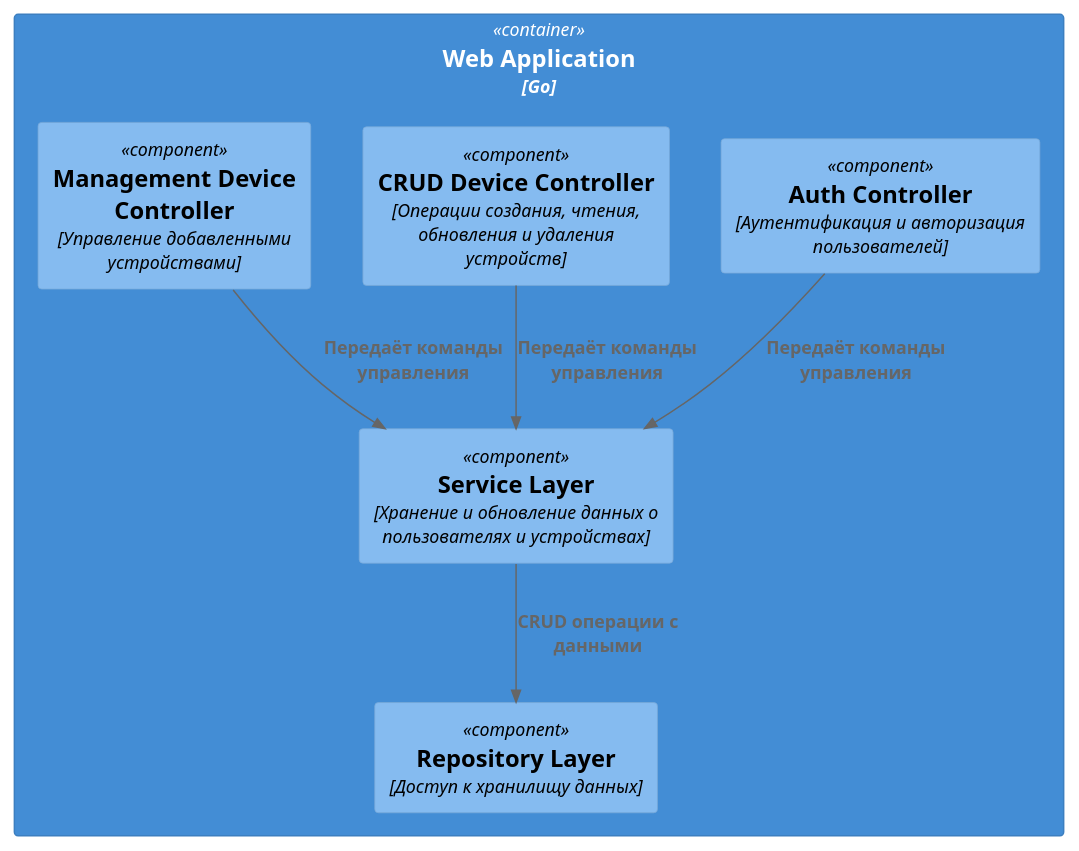
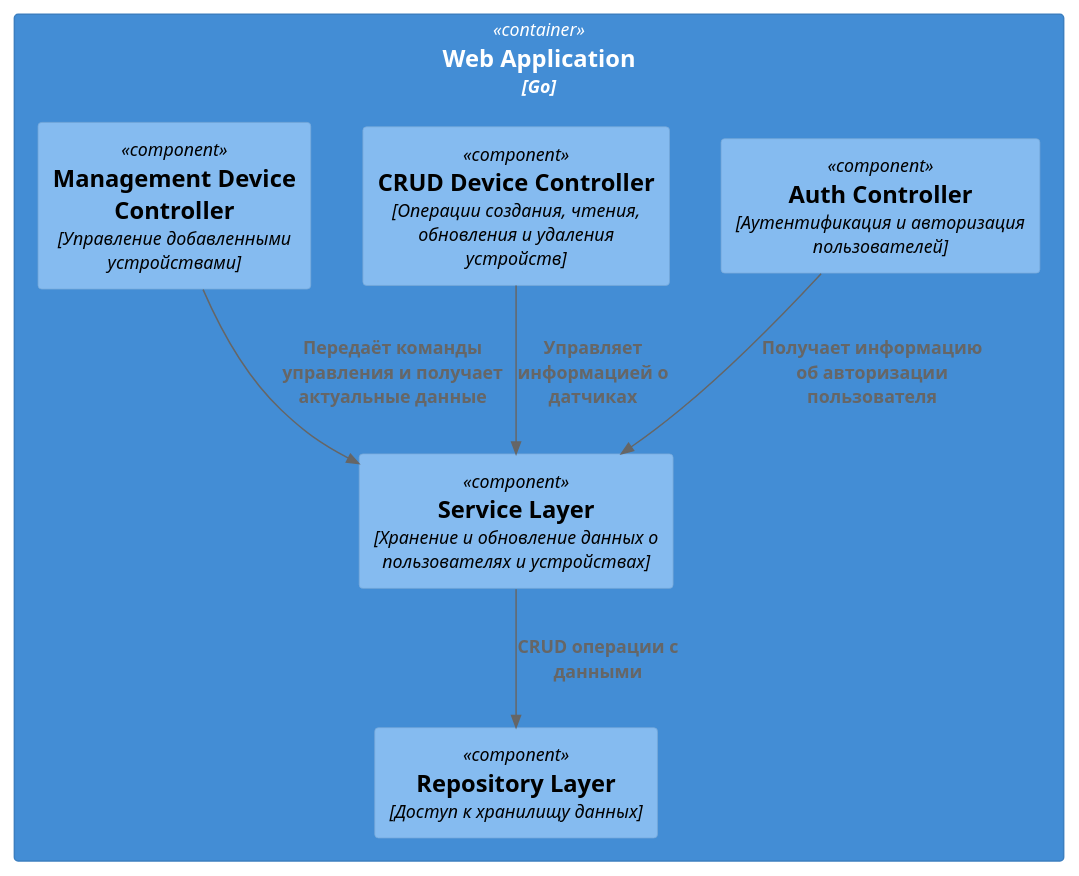
Before and after one commit to mironsv/architecture-warmhouse: the diagram in diagrams/component/web_app.puml, drawn with PlantUML. The commit also changed 5 other files, not shown here.

```diff
--- a/diagrams/component/web_app.puml
+++ b/diagrams/component/web_app.puml
@@ -1,16 +1,16 @@
 @startuml web_app
 !includeurl https://raw.githubusercontent.com/RicardoNiepel/C4-PlantUML/master/C4_Component.puml
 
 Container(web_app, "Web Application", "Go") {
   Component(auth_conroller, "Auth Controller", "Аутентификация и авторизация пользователей")
   Component(crud_device_conroller, "CRUD Device Controller", "Операции создания, чтения, обновления и удаления устройств")
   Component(management_device_conroller, "Management Device Controller", "Управление добавленными устройствами")
   Component(service_layer, " Service Layer", "Хранение и обновление данных о пользователях и устройствах")
   Component(repository, "Repository Layer", "Доступ к хранилищу данных")
 }
 
-Rel(auth_conroller, service_layer, "Передаёт команды управления")
-Rel(crud_device_conroller, service_layer, "Передаёт команды управления")
-Rel(management_device_conroller, service_layer, "Передаёт команды управления")
+Rel(auth_conroller, service_layer, "Получает информацию об авторизации пользователя")
+Rel(crud_device_conroller, service_layer, "Управляет информацией о датчиках")
+Rel(management_device_conroller, service_layer, "Передаёт команды управления и получает актуальные данные")
 Rel(service_layer, repository, "CRUD операции с данными")
 @enduml
```
